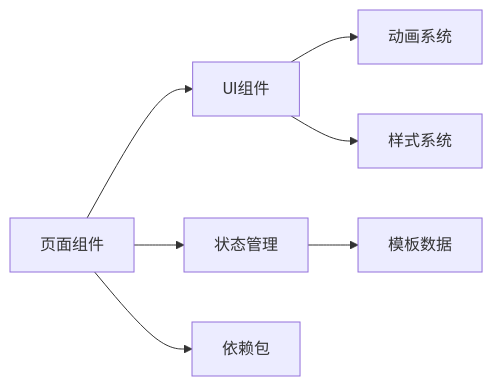
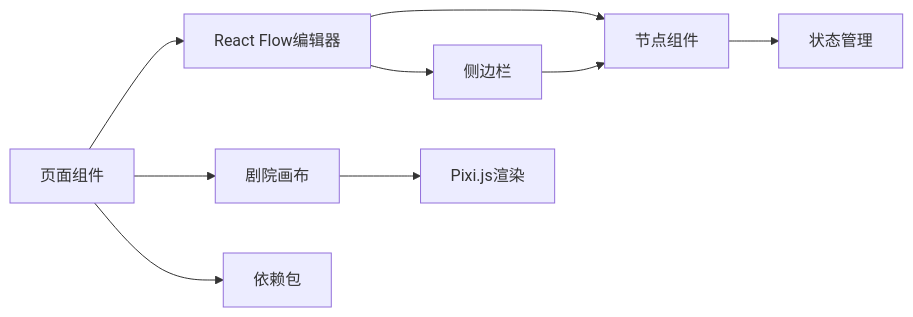
Before and after one commit to KunLabAI/KunFlix: the fourth of 4 diagrams in .qoder/repowiki/zh/content/前端开发指南/游戏画布渲染系统.md, drawn with Mermaid. The commit also changed other lines of this file and 88 other files, not shown here.

````diff
--- a/.qoder/repowiki/zh/content/前端开发指南/游戏画布渲染系统.md
+++ b/.qoder/repowiki/zh/content/前端开发指南/游戏画布渲染系统.md
@@ -282,9 +325,11 @@
 ```mermaid
 graph LR
-P["页面组件"] --> UI["UI组件"]
-P --> SM["状态管理"]
-UI --> AM["动画系统"]
-UI --> ST["样式系统"]
-SM --> TM["模板数据"]
+P["页面组件"] --> RC["React Flow编辑器"]
+P --> TC["剧院画布"]
+RC --> NC["节点组件"]
+RC --> SB["侧边栏"]
+NC --> SM["状态管理"]
+SB --> NC
+TC --> PX["Pixi.js渲染"]
 P --> DEP["依赖包"]
 ```
````
